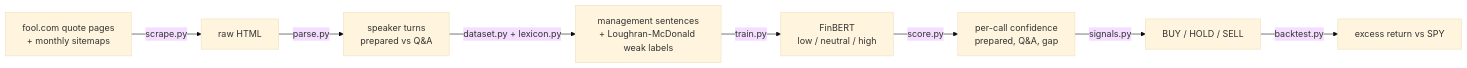
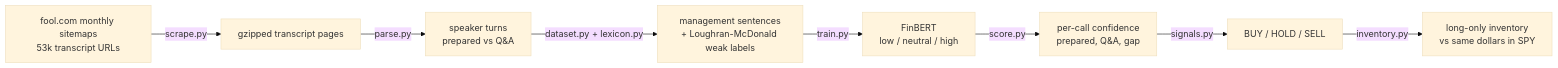
One commit to EthanXu07/fintrax changed the diagram in README.md. Above: the diagram before and after it, drawn with Mermaid (base theme). The commit also changed other lines of this file and 6 other files, not shown here.

First line of the commit message:
Rewrite README for the full-archive pipeline and inventory backtest

````diff
--- a/README.md
+++ b/README.md
@@ -7,10 +9,10 @@
 ```mermaid
 flowchart LR
-    A[fool.com quote pages<br/>+ monthly sitemaps] -->|scrape.py| B[raw HTML]
+    A[fool.com monthly sitemaps<br/>53k transcript URLs] -->|scrape.py| B[gzipped transcript pages]
     B -->|parse.py| C[speaker turns<br/>prepared vs Q&A]
     C -->|dataset.py + lexicon.py| D[management sentences<br/>+ Loughran-McDonald weak labels]
     D -->|train.py| E[FinBERT<br/>low / neutral / high]
     E -->|score.py| F[per-call confidence<br/>prepared, Q&A, gap]
     F -->|signals.py| G[BUY / HOLD / SELL]
-    G -->|backtest.py| H[excess return vs SPY]
+    G -->|inventory.py| H[long-only inventory<br/>vs same dollars in SPY]
 ```
````
